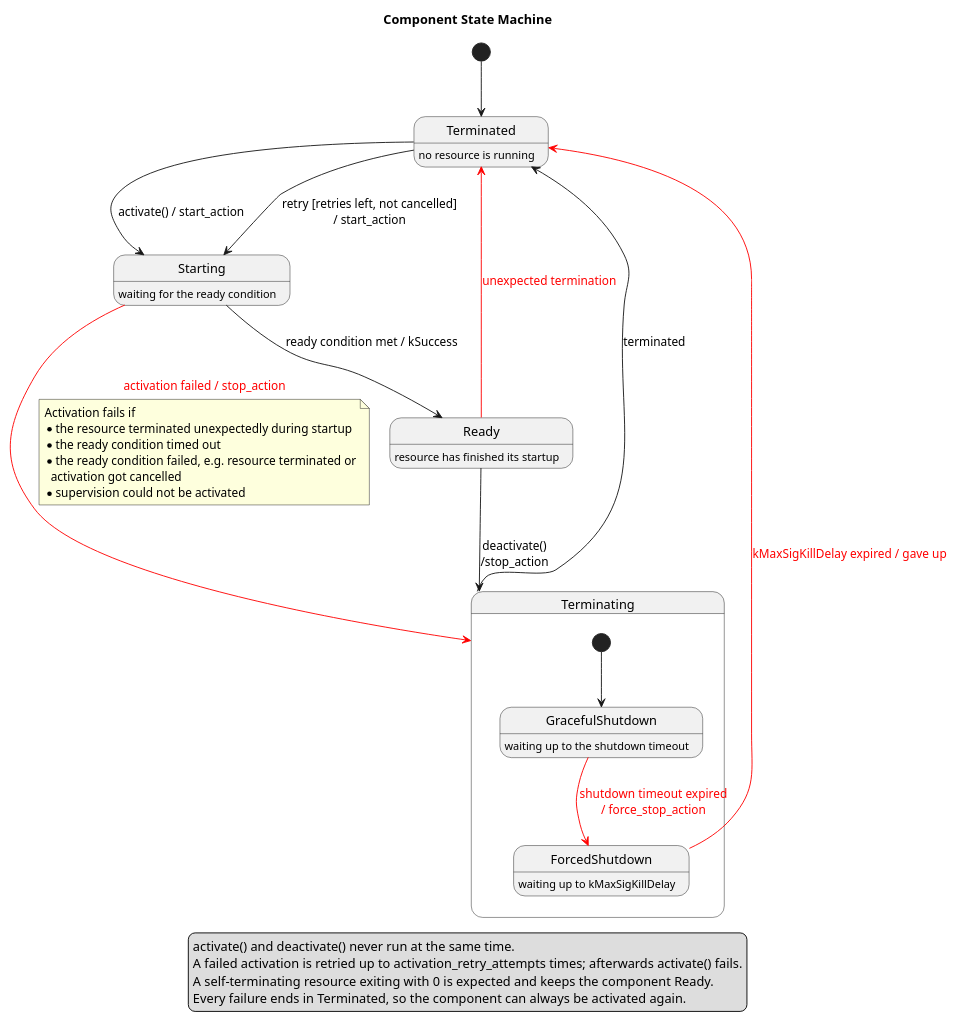
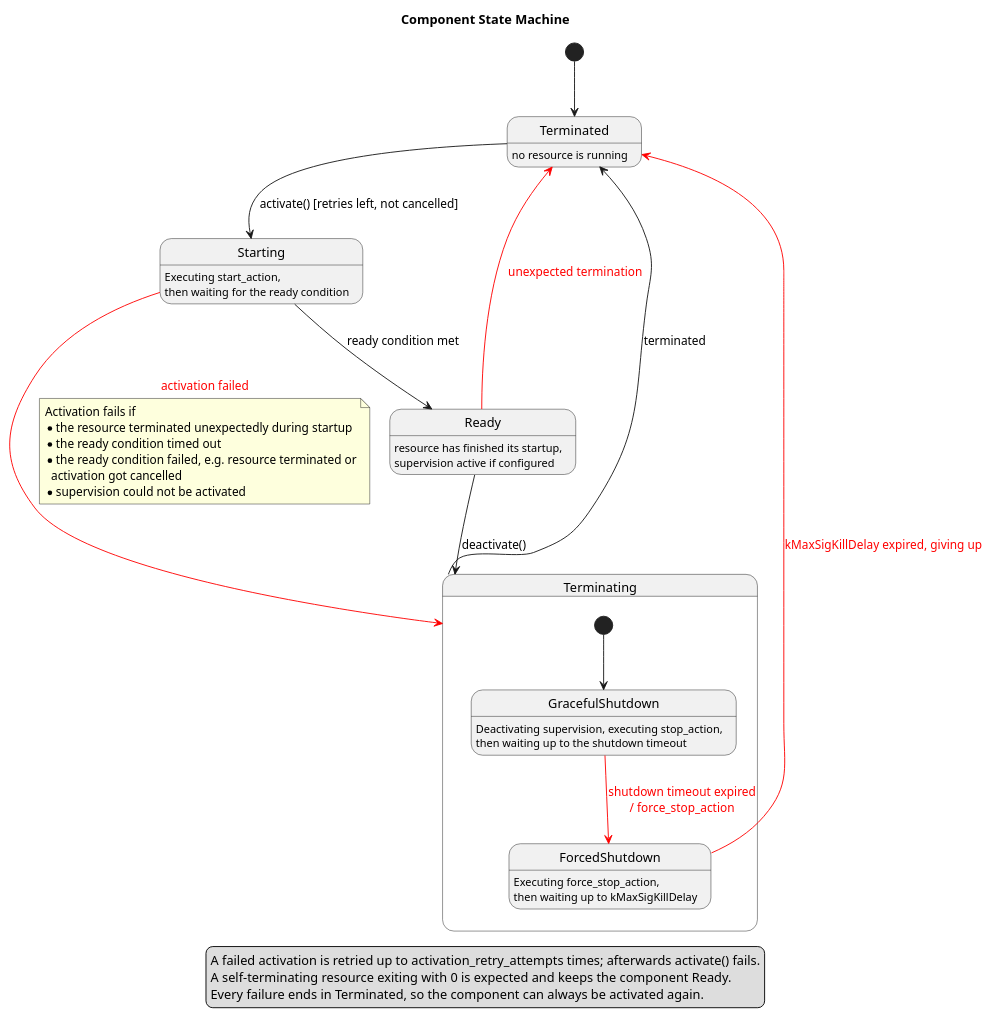
Before and after one commit to eclipse-score/lifecycle: the diagram in score/launch_manager/docs/detailed_design/_assets/component_states.puml, drawn with PlantUML. The commit also changed 2 other files, not shown here.

```diff
--- a/score/launch_manager/docs/detailed_design/_assets/component_states.puml
+++ b/score/launch_manager/docs/detailed_design/_assets/component_states.puml
@@ -14,44 +14,42 @@
 @startuml component_states
 
 title Component State Machine
 
 state Terminated : no resource is running
-state Starting : waiting for the ready condition
-state Ready : resource has finished its startup
+state Starting : Executing start_action,\nthen waiting for the ready condition
+state Ready : resource has finished its startup,\nsupervision active if configured
 state Terminating {
-  state GracefulShutdown : waiting up to the shutdown timeout
-  state ForcedShutdown : waiting up to kMaxSigKillDelay
+  state GracefulShutdown : Deactivating supervision, executing stop_action,\nthen waiting up to the shutdown timeout
+  state ForcedShutdown : Executing force_stop_action,\nthen waiting up to kMaxSigKillDelay
 
   [*] --> GracefulShutdown
   GracefulShutdown -[#red]-> ForcedShutdown : <color:red>shutdown timeout expired</color>\n<color:red>/ force_stop_action</color>
 }
 
 [*] -d-> Terminated
 
-Terminated -down-> Starting : activate() / start_action
-Starting --> Ready : ready condition met / kSuccess
-Starting -[#red]-> Terminating : <color:red>activation failed / stop_action</color>
+Terminated -down-> Starting : activate() [retries left, not cancelled]
+Starting --> Ready : ready condition met
+Starting -[#red]-> Terminating : <color:red>activation failed</color>
 note on link
   Activation fails if
   * the resource terminated unexpectedly during startup
   * the ready condition timed out
   * the ready condition failed, e.g. resource terminated or
     activation got cancelled
   * supervision could not be activated
 end note
-Terminated -down-> Starting : retry [retries left, not cancelled]\n/ start_action
 
-Ready --> Terminating : deactivate()\n/stop_action
+Ready --> Terminating : deactivate()
 Ready -up[#red]-> Terminated : <color:red>unexpected termination</color>
 
 Terminating -up-> Terminated : terminated
-ForcedShutdown -up[#red]-> Terminated : <color:red>kMaxSigKillDelay expired / gave up</color>
+ForcedShutdown -up[#red]-> Terminated : <color:red>kMaxSigKillDelay expired, giving up</color>
 
 legend bottom
-  activate() and deactivate() never run at the same time.
   A failed activation is retried up to activation_retry_attempts times; afterwards activate() fails.
   A self-terminating resource exiting with 0 is expected and keeps the component Ready.
   Every failure ends in Terminated, so the component can always be activated again.
 endlegend
 
 @enduml
```
